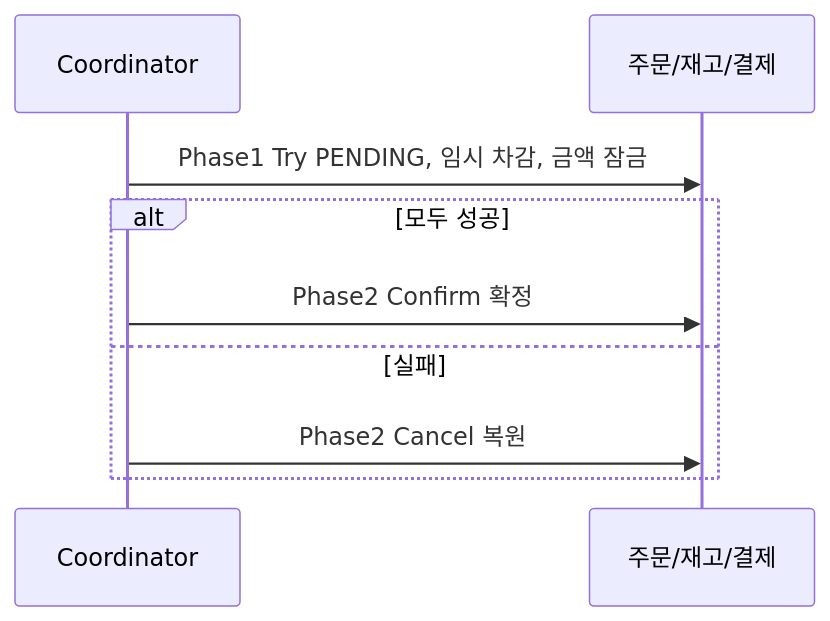
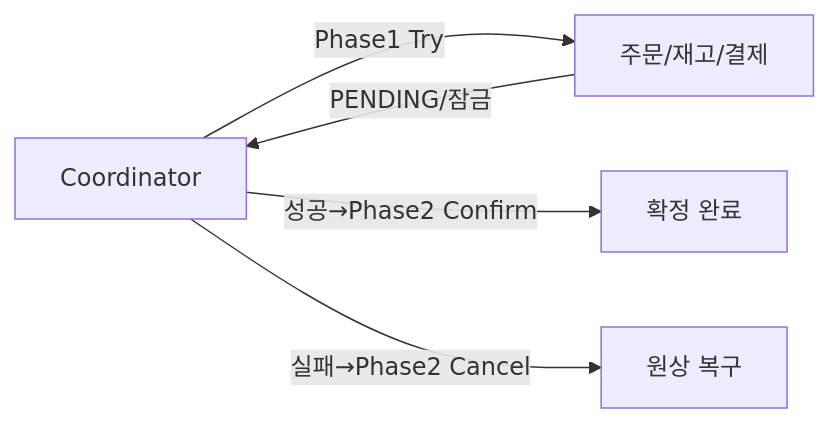
The sixth of 8 diagrams in _posts/spring/2026-05-01-distributed-transaction.md (yjkim2015/yjkim2015.github.io), drawn with Mermaid before and after one commit. The commit also changed other lines of this file and 84 other files, not shown here.

First line of the commit message:
85개 포스트 Mermaid 다이어그램 규칙 일괄 수정

````diff
--- a/_posts/spring/2026-05-01-distributed-transaction.md
+++ b/_posts/spring/2026-05-01-distributed-transaction.md
@@ -211,11 +201,7 @@
 ```mermaid
-sequenceDiagram
-    participant CO as Coordinator
-    participant SVC as 주문/재고/결제
-    CO->>SVC: Phase1 Try PENDING, 임시 차감, 금액 잠금
-    alt 모두 성공
-    CO->>SVC: Phase2 Confirm 확정
-    else 실패
-    CO->>SVC: Phase2 Cancel 복원
-    end
+graph LR
+    CO["Coordinator"] -->|"Phase1 Try"| SVC["주문/재고/결제"]
+    SVC -->|"PENDING/잠금"| CO
+    CO -->|"성공→Phase2 Confirm"| DONE["확정 완료"]
+    CO -->|"실패→Phase2 Cancel"| UNDO["원상 복구"]
 ```
````
